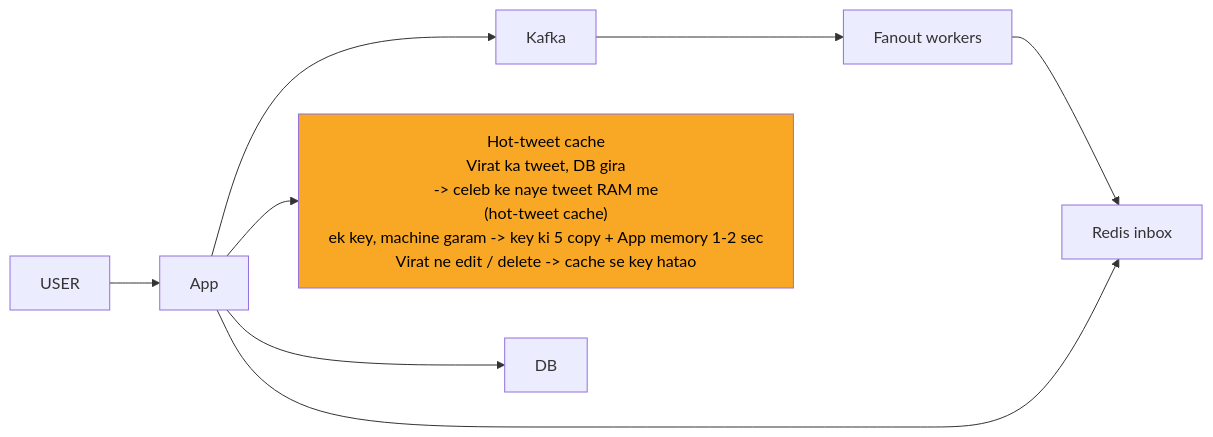
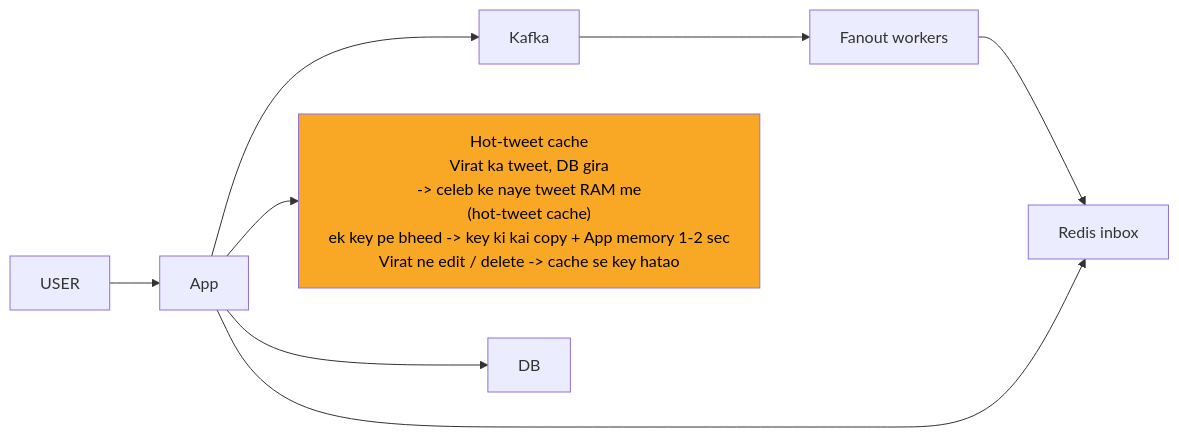
Before and after one commit to ArpanMaheshwari144/Prep: the fifth of 12 diagrams in 04_HLD/SYSTEM_DESIGNS/03_twitter_feed/03_twitter_feed.md, drawn with Mermaid. The commit also changed other lines of this file and 13 other files, not shown here.

````diff
--- a/04_HLD/SYSTEM_DESIGNS/03_twitter_feed/03_twitter_feed.md
+++ b/04_HLD/SYSTEM_DESIGNS/03_twitter_feed/03_twitter_feed.md
@@ -227,19 +227,19 @@
 ```mermaid
 %%{init: {"flowchart": {"wrappingWidth": 450}}}%%
 flowchart LR
     n_USER["USER"]
     n_App["App"]
     n_Kafka["Kafka"]
     n_Fanout_workers["Fanout workers"]
     n_Redis_inbox["Redis inbox"]
-    n_Hot_tweet_cache["Hot-tweet cache<br/>Virat ka tweet, DB gira<br/>-> celeb ke naye tweet RAM me<br/>(hot-tweet cache)<br/>ek key, machine garam -> key ki 5 copy + App memory 1-2 sec<br/>Virat ne edit / delete -> cache se key hatao"]
+    n_Hot_tweet_cache["Hot-tweet cache<br/>Virat ka tweet, DB gira<br/>-> celeb ke naye tweet RAM me<br/>(hot-tweet cache)<br/>ek key pe bheed -> key ki kai copy + App memory 1-2 sec<br/>Virat ne edit / delete -> cache se key hatao"]
     n_DB["DB"]
     n_USER --> n_App
     n_App --> n_Kafka
     n_App --> n_Hot_tweet_cache
     n_App --> n_DB
     n_Kafka --> n_Fanout_workers
     n_Fanout_workers --> n_Redis_inbox
     n_App --> n_Redis_inbox
     style n_Hot_tweet_cache fill:#f9a825,color:#000
 ```
````
